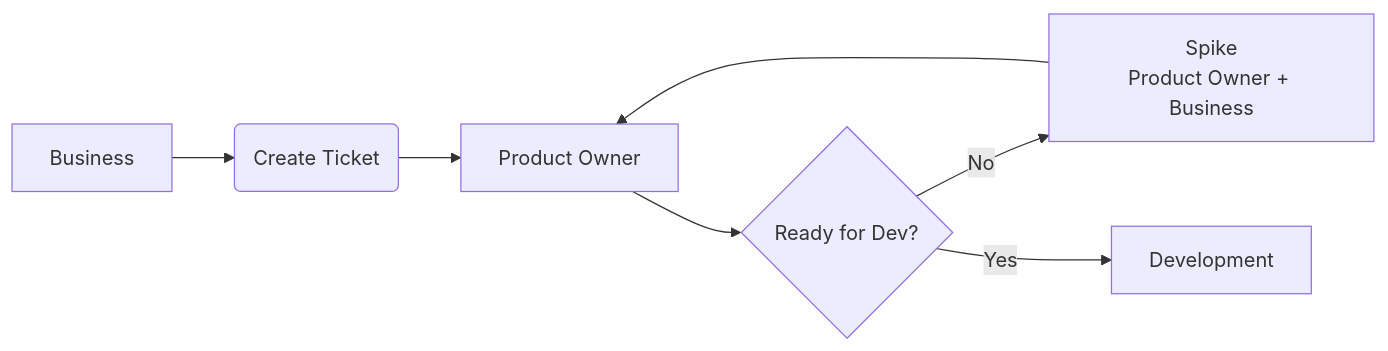
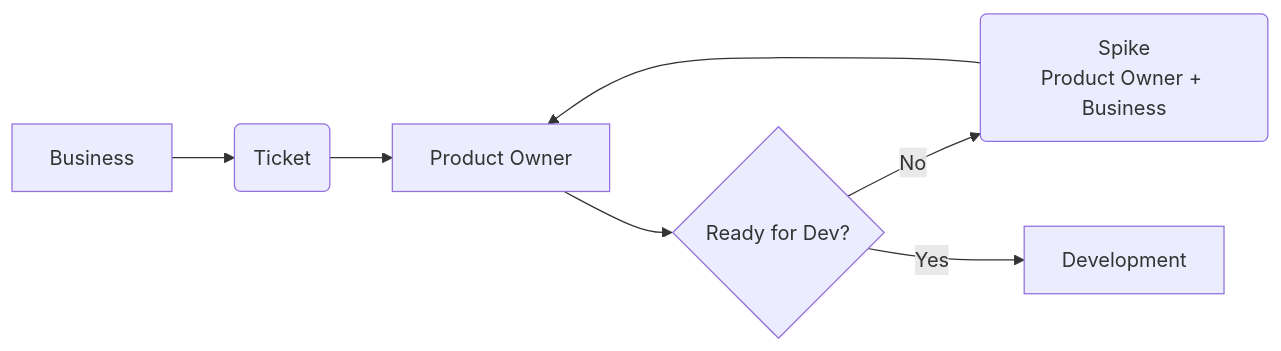
The first of 2 diagrams in README.md (rubenmarinriv/ia-workflow), drawn with Mermaid before and after one commit. The commit also changed other lines of this file, not shown here.

Commit message:
Update Functional Layer diagram

````diff
--- a/README.md
+++ b/README.md
@@ -3,8 +5,8 @@
 ```mermaid
 flowchart LR
 
-A[Business] --> B(Create Ticket) --> C[Product Owner]
+A[Business] --> B(Ticket) --> C[Product Owner]
 C --> D{Ready for Dev?}
-D -->|No| E[Spike<br/>Product Owner + Business] --> C
+D -->|No| E(Spike<br/>Product Owner + Business) --> C
 D -->|Yes| F[Development]
 ```
````
